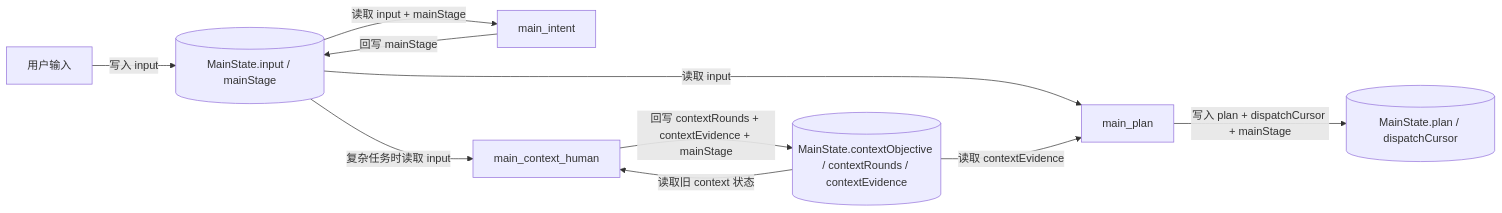
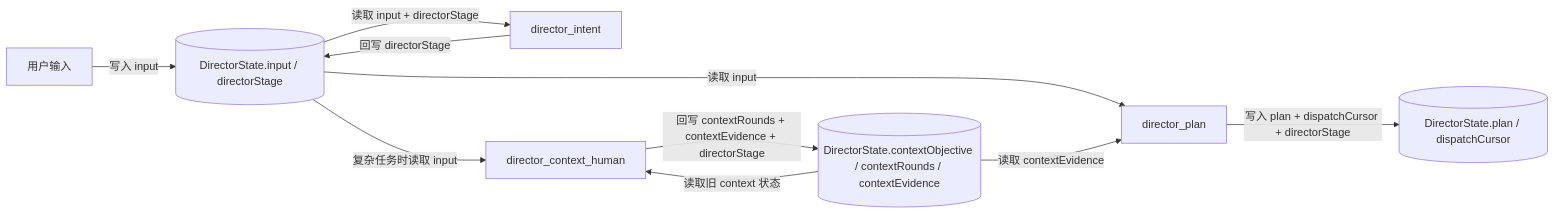
One commit to Yoan98/Ncurator changed the second of 7 diagrams in doc/ai-design/data-definition-and-flow.md. Above: the diagram before and after it, drawn with Mermaid. The commit also changed other lines of this file and 27 other files, not shown here.

Commit message:
Rename AI orchestrator from main to director

````diff
--- a/doc/ai-design/data-definition-and-flow.md
+++ b/doc/ai-design/data-definition-and-flow.md
@@ -416,20 +416,20 @@
 ```mermaid
 flowchart LR
     U["用户输入"]
-    S1[("MainState.input / mainStage")]
-    MI["main_intent"]
-    S2[("MainState.contextObjective / contextRounds / contextEvidence")]
-    MC["main_context_human"]
-    MP["main_plan"]
-    S3[("MainState.plan / dispatchCursor")]
+    S1[("DirectorState.input / directorStage")]
+    MI["director_intent"]
+    S2[("DirectorState.contextObjective / contextRounds / contextEvidence")]
+    MC["director_context_human"]
+    MP["director_plan"]
+    S3[("DirectorState.plan / dispatchCursor")]
 
     U -->|写入 input| S1
-    S1 -->|读取 input + mainStage| MI
-    MI -->|回写 mainStage| S1
+    S1 -->|读取 input + directorStage| MI
+    MI -->|回写 directorStage| S1
     S1 -->|复杂任务时读取 input| MC
     S2 -->|读取旧 context 状态| MC
-    MC -->|回写 contextRounds + contextEvidence + mainStage| S2
+    MC -->|回写 contextRounds + contextEvidence + directorStage| S2
     S1 -->|读取 input| MP
     S2 -->|读取 contextEvidence| MP
-    MP -->|写入 plan + dispatchCursor + mainStage| S3
+    MP -->|写入 plan + dispatchCursor + directorStage| S3
 ```
````
